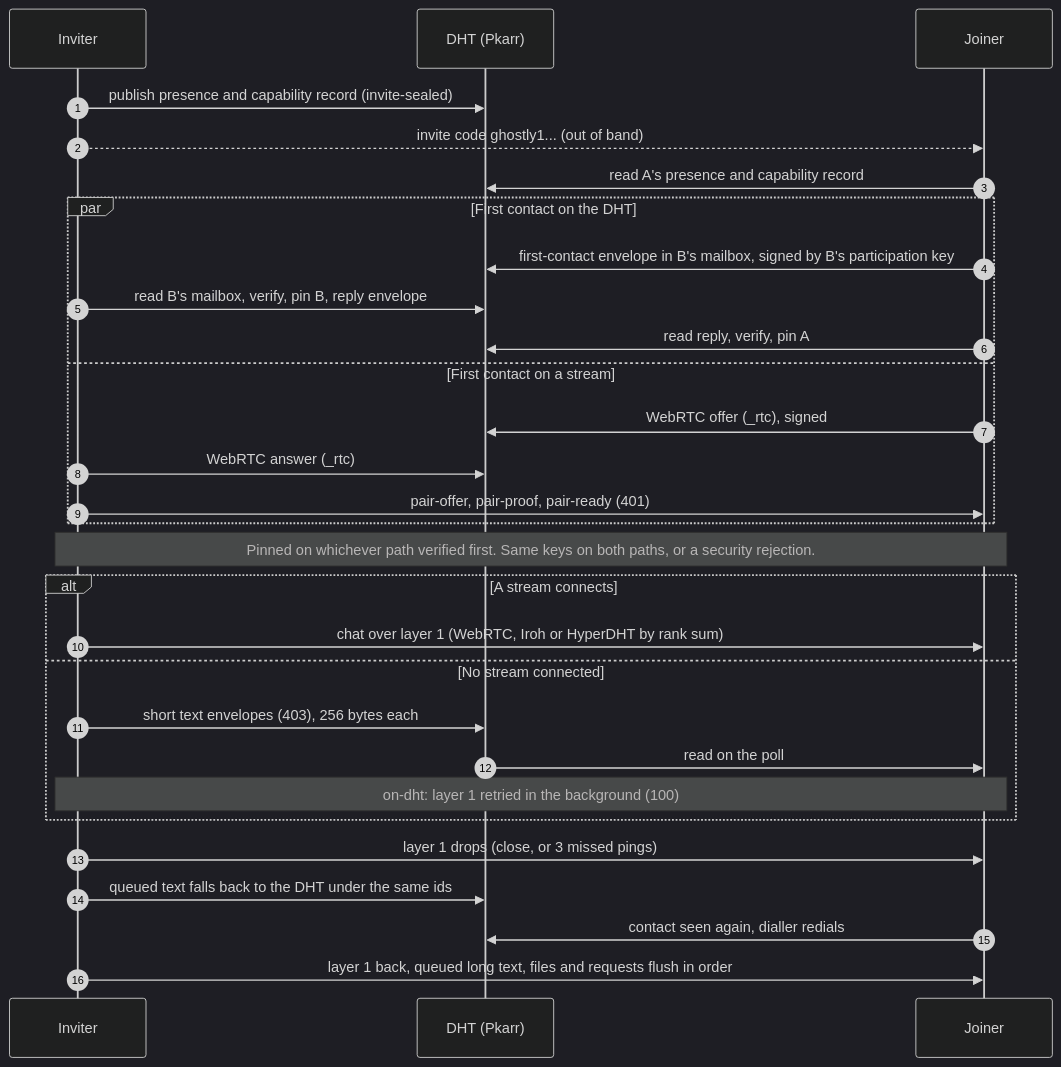
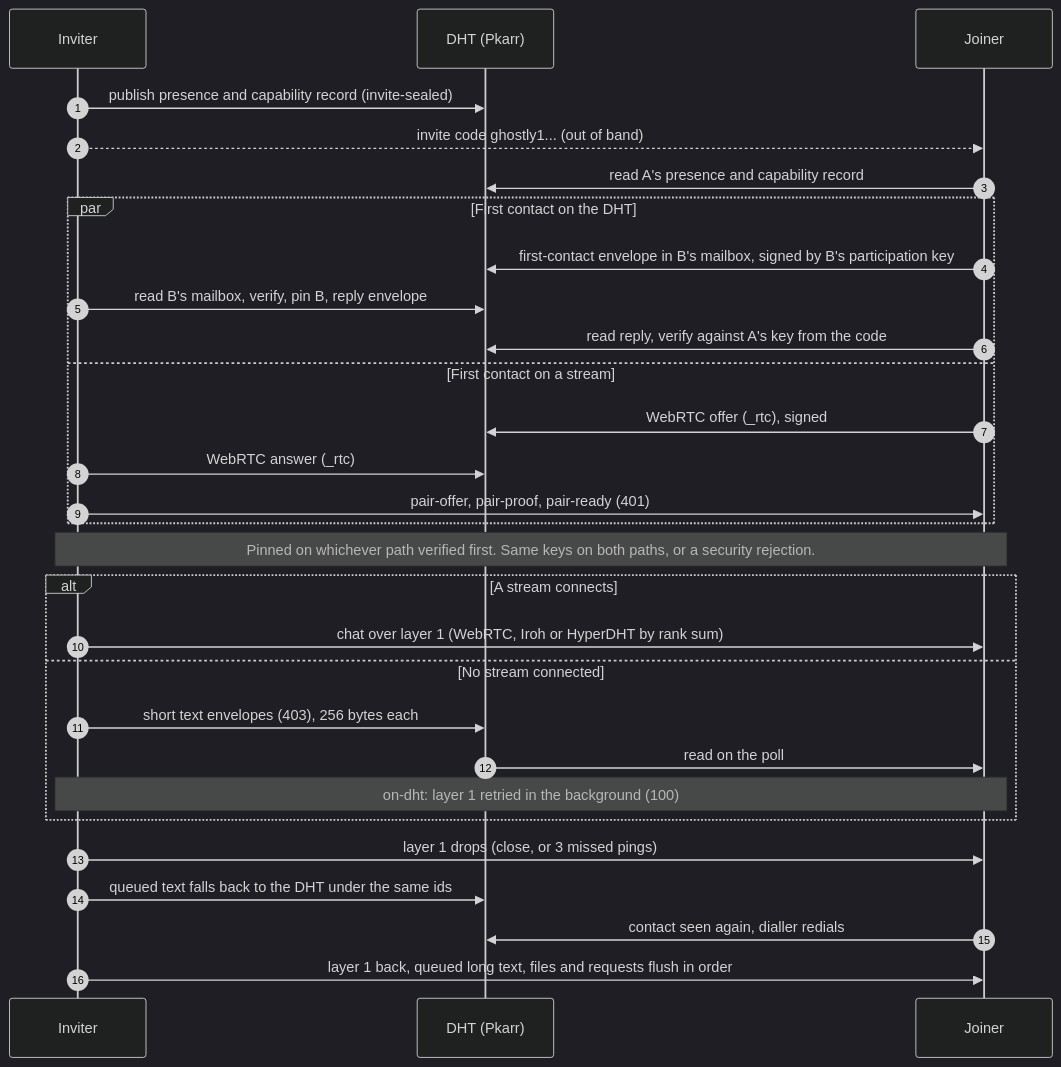
One commit to MiguelMedeiros/ghostly changed the second of 2 diagrams in docs/wisps/400-chat.md. Above: the diagram before and after it, drawn with Mermaid (dark theme). The commit also changed other lines of this file and 4 other files, not shown here.

````diff
--- a/docs/wisps/400-chat.md
+++ b/docs/wisps/400-chat.md
@@ -64,31 +64,31 @@
 ```mermaid
 sequenceDiagram
     autonumber
     participant A as Inviter
     participant D as DHT (Pkarr)
     participant B as Joiner
     A->>D: publish presence and capability record (invite-sealed)
     A-->>B: invite code ghostly1... (out of band)
     B->>D: read A's presence and capability record
     par First contact on the DHT
         B->>D: first-contact envelope in B's mailbox, signed by B's participation key
         A->>D: read B's mailbox, verify, pin B, reply envelope
-        B->>D: read reply, verify, pin A
+        B->>D: read reply, verify against A's key from the code
     and First contact on a stream
         B->>D: WebRTC offer (_rtc), signed
         A->>D: WebRTC answer (_rtc)
         A->>B: pair-offer, pair-proof, pair-ready (401)
     end
     Note over A,B: Pinned on whichever path verified first. Same keys on both paths, or a security rejection.
     alt A stream connects
         A->>B: chat over layer 1 (WebRTC, Iroh or HyperDHT by rank sum)
     else No stream connected
         A->>D: short text envelopes (403), 256 bytes each
         D->>B: read on the poll
         Note over A,B: on-dht: layer 1 retried in the background (100)
     end
     A->>B: layer 1 drops (close, or 3 missed pings)
     A->>D: queued text falls back to the DHT under the same ids
     B->>D: contact seen again, dialler redials
     A->>B: layer 1 back, queued long text, files and requests flush in order
 ```
````
